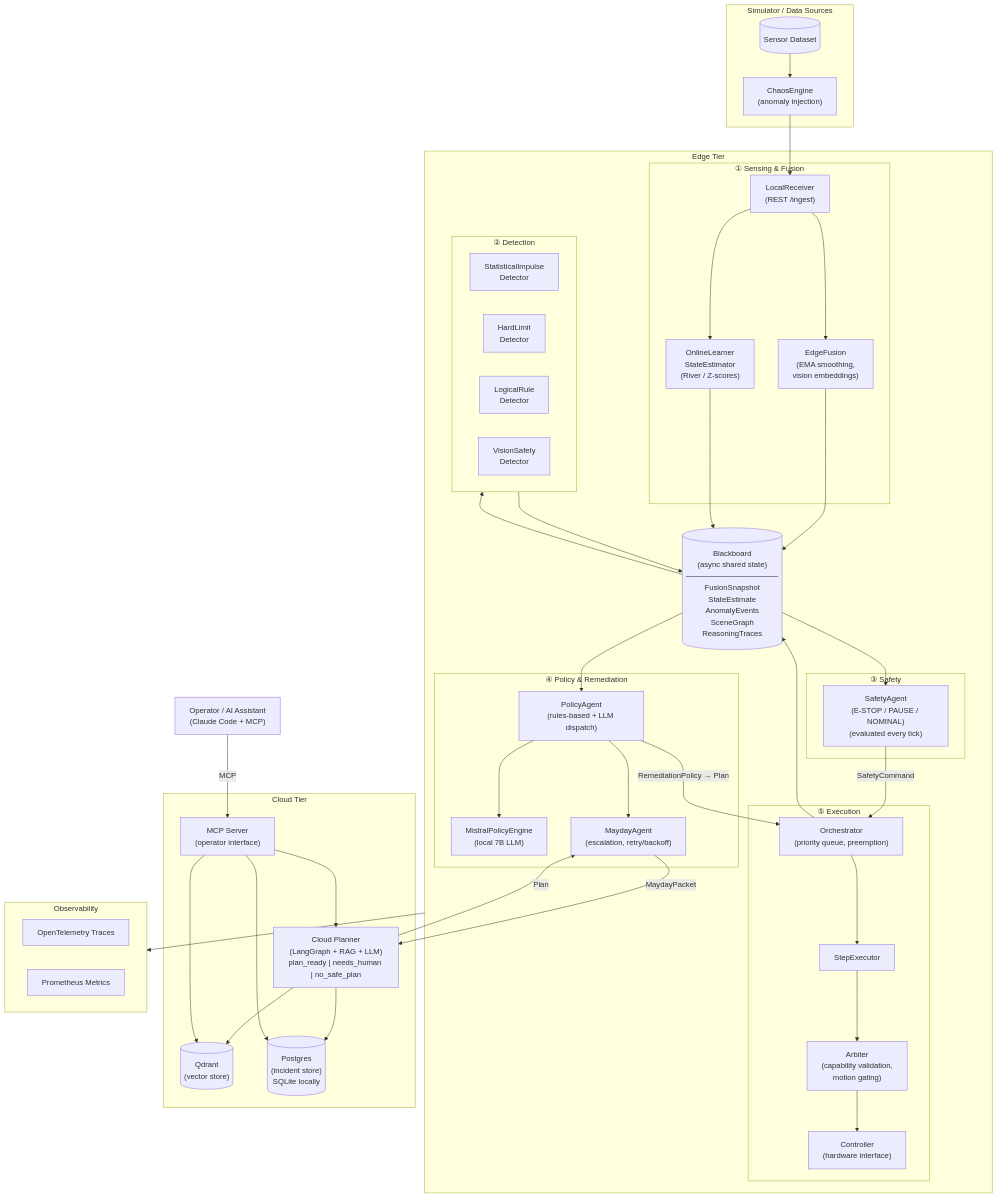
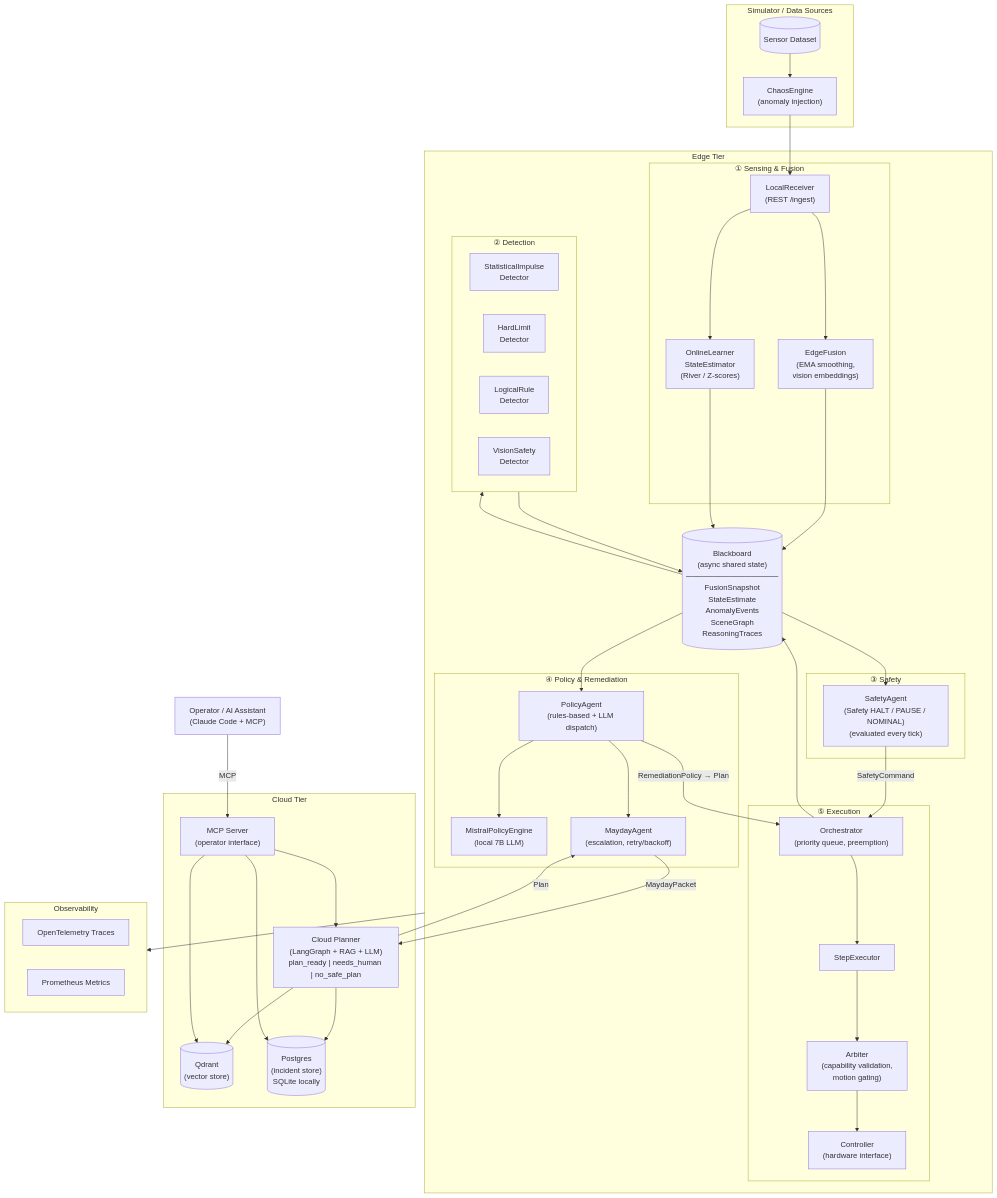
The first of 2 diagrams in README.md (anedelkos/cortexguard), drawn with Mermaid before and after one commit. The commit also changed other lines of this file, not shown here.

```diff
--- a/README.md
+++ b/README.md
@@ -59,7 +59,7 @@
         end
 
         subgraph S3["③ Safety"]
-            SA["SafetyAgent\n(E-STOP / PAUSE / NOMINAL)\n(evaluated every tick)"]
+            SA["SafetyAgent\n(Safety HALT / PAUSE / NOMINAL)\n(evaluated every tick)"]
         end
 
         subgraph S4["④ Policy & Remediation"]
```
